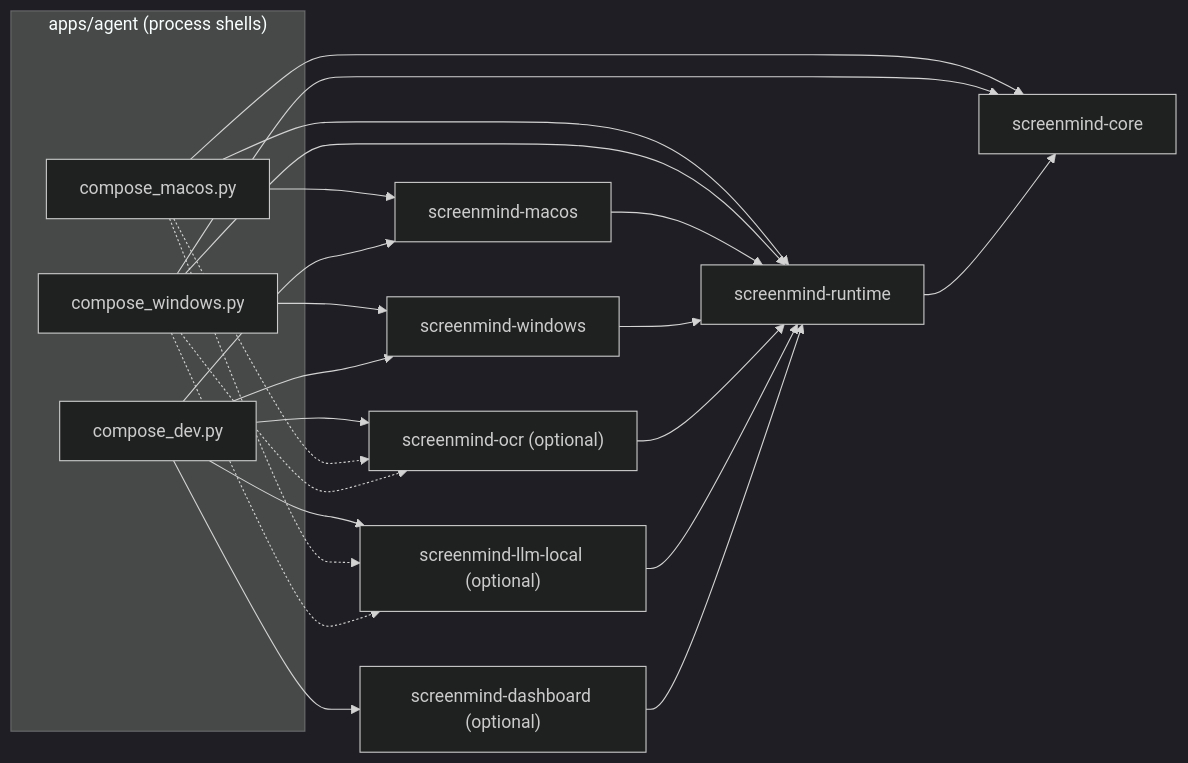
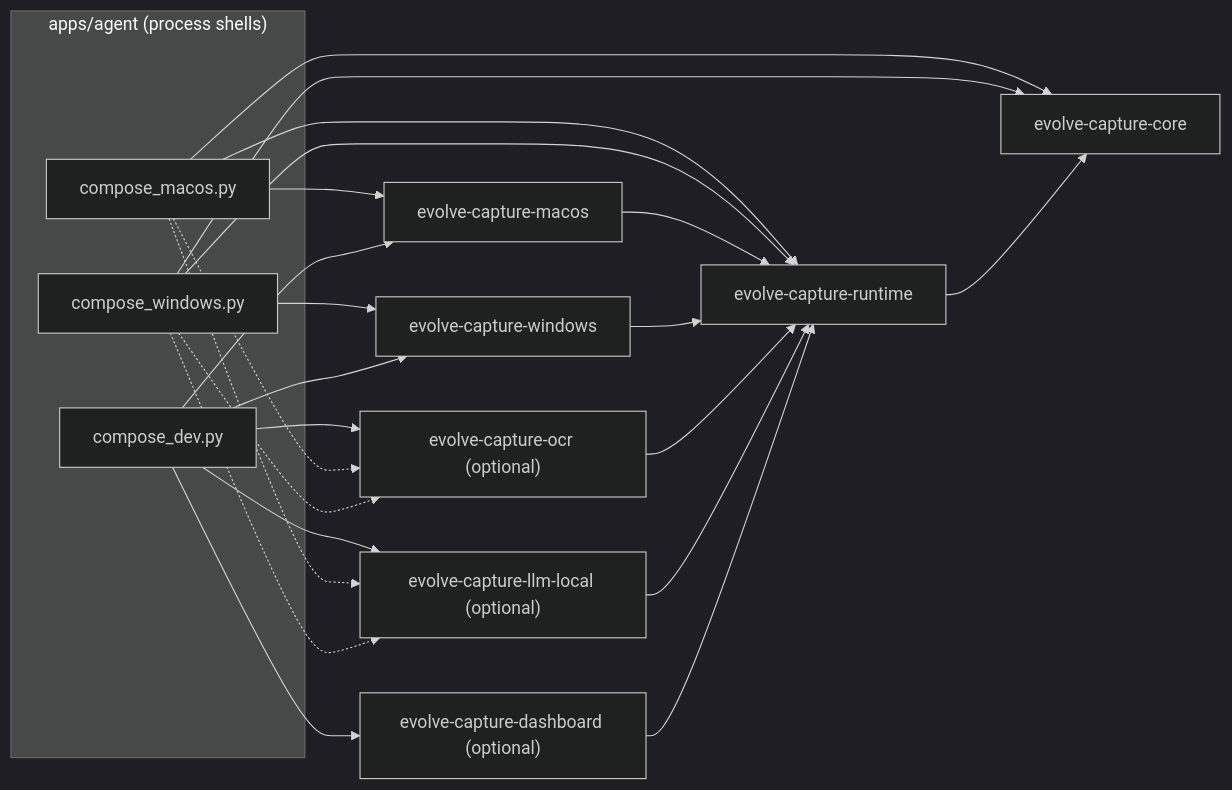
The diagram in docs/plans/clean-architecture/task.md (Venopacman/ScreenMind), drawn with Mermaid (dark theme) before and after one commit. The commit also changed other lines of this file and 235 other files, not shown here.

````diff
--- a/docs/plans/clean-architecture/task.md
+++ b/docs/plans/clean-architecture/task.md
@@ -179,21 +179,21 @@
 ```mermaid
 flowchart LR
   subgraph shells["apps/agent (process shells)"]
     MAC["compose_macos.py"]
     WIN["compose_windows.py"]
     DEV["compose_dev.py"]
   end
-  CORE["screenmind-core"]
-  RT["screenmind-runtime"]
-  MACP["screenmind-macos"]
-  WINP["screenmind-windows"]
-  OCR["screenmind-ocr (optional)"]
-  LLM["screenmind-llm-local (optional)"]
-  DASH["screenmind-dashboard (optional)"]
+  CORE["evolve-capture-core"]
+  RT["evolve-capture-runtime"]
+  MACP["evolve-capture-macos"]
+  WINP["evolve-capture-windows"]
+  OCR["evolve-capture-ocr (optional)"]
+  LLM["evolve-capture-llm-local (optional)"]
+  DASH["evolve-capture-dashboard (optional)"]
   MAC --> MACP & RT & CORE
   WIN --> WINP & RT & CORE
   DEV --> MACP & WINP & OCR & LLM & DASH
   MAC -.-> OCR & LLM
   WIN -.-> OCR & LLM
   MACP & WINP & OCR & LLM & DASH --> RT --> CORE
 ```
````
